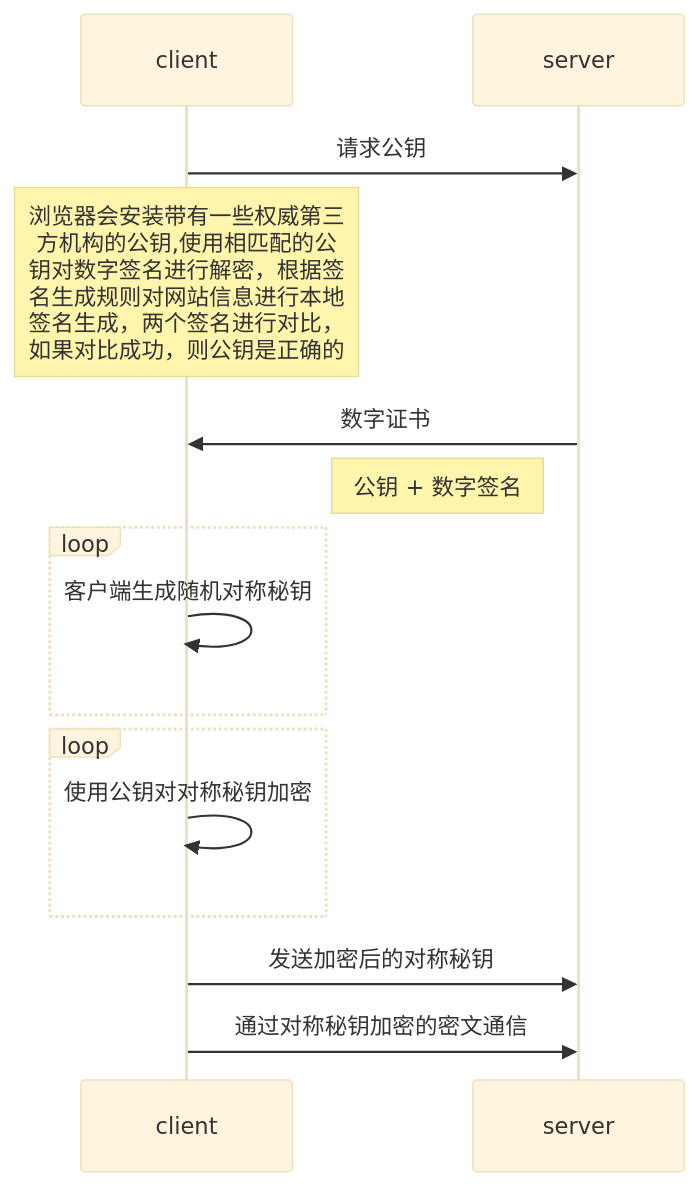
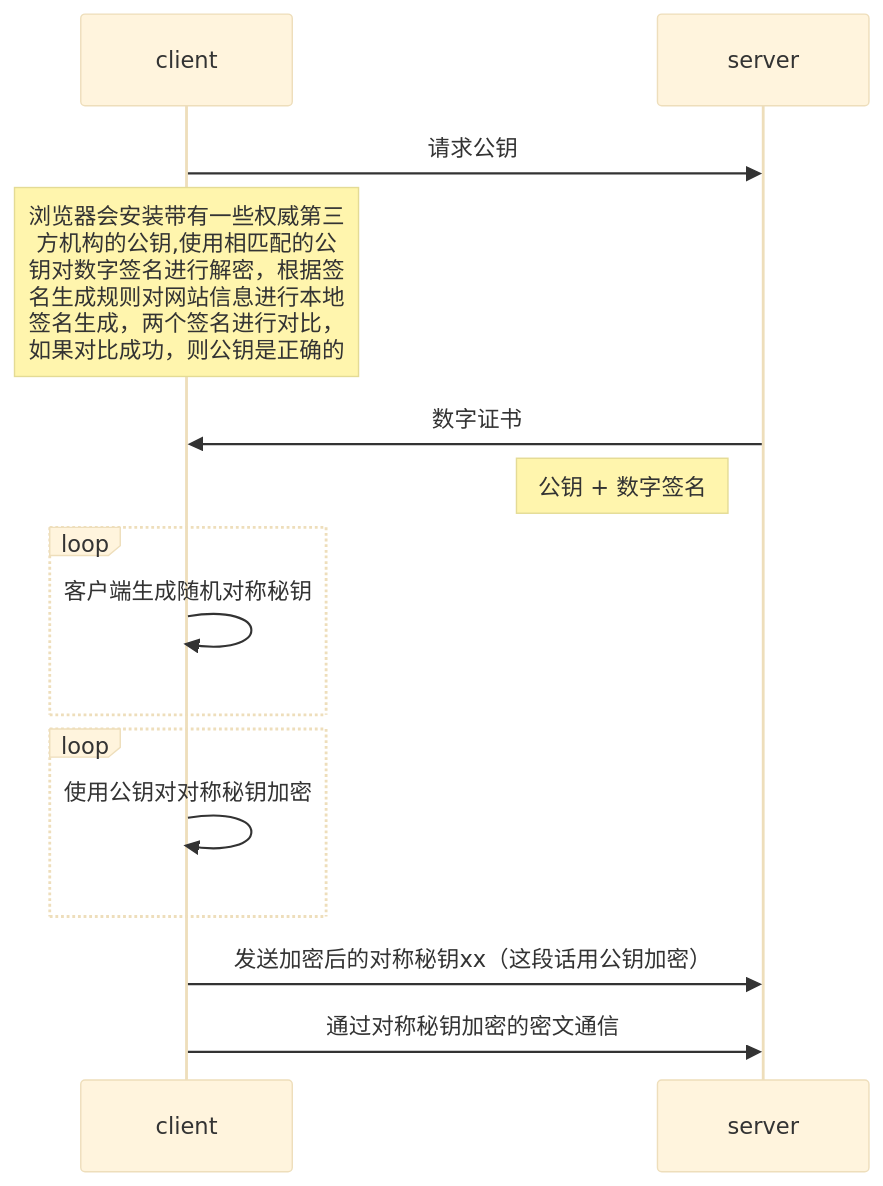
One commit to DENNIE-HONG/note changed the third of 4 diagrams in src/brower/http.md. Above: the diagram before and after it, drawn with Mermaid (base theme). The commit also changed other lines of this file, not shown here.

````diff
--- a/src/brower/http.md
+++ b/src/brower/http.md
@@ -494,15 +494,15 @@
 ```mermaid
 sequenceDiagram
     client->> server: 请求公钥
     Note over client: 浏览器会安装带有一些权威第三<br>方机构的公钥,使用相匹配的公 <br> 钥对数字签名进行解密，根据签<br>名生成规则对网站信息进行本地<br>签名生成，两个签名进行对比，<br>如果对比成功，则公钥是正确的
     server->>client: 数字证书 
     Note left of server: 公钥 + 数字签名
     loop 
         client->>client: 客户端生成随机对称秘钥 
     end
     loop 
         client->>client: 使用公钥对对称秘钥加密 
     end
-    client->>server: 发送加密后的对称秘钥
+    client->>server: 发送加密后的对称秘钥xx（这段话用公钥加密）
     client->>server: 通过对称秘钥加密的密文通信
 ```
````
